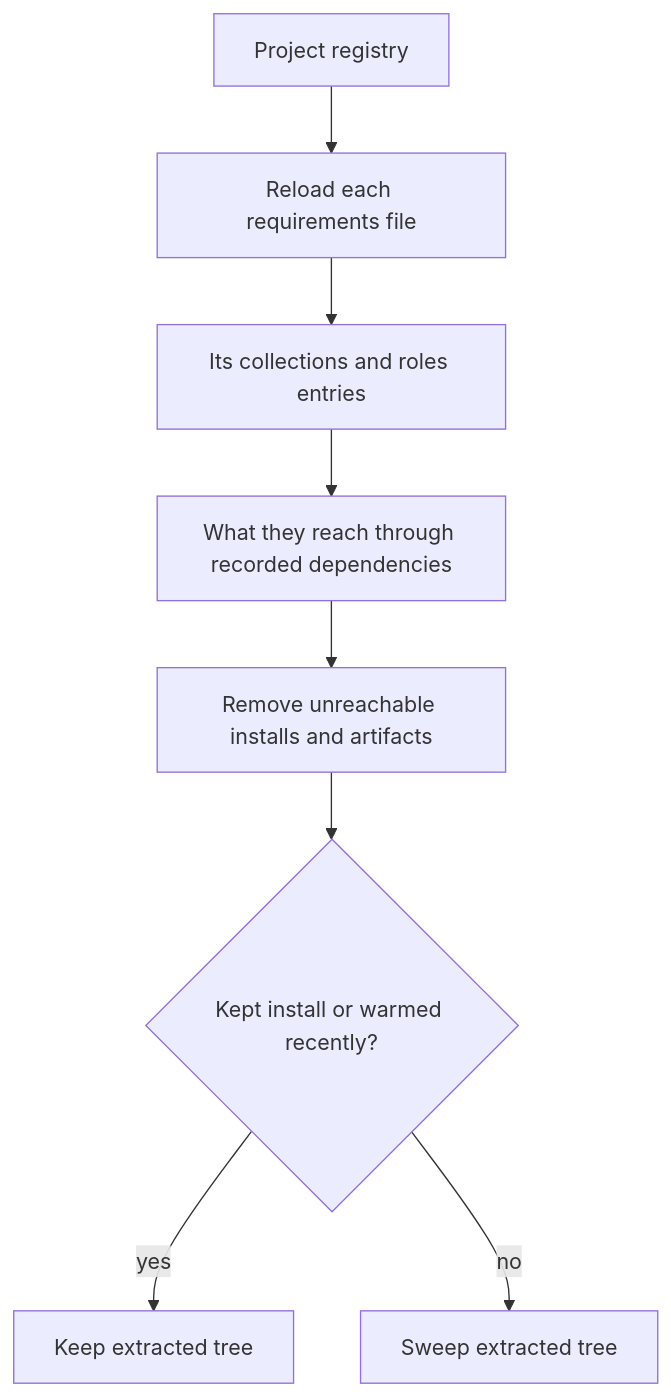
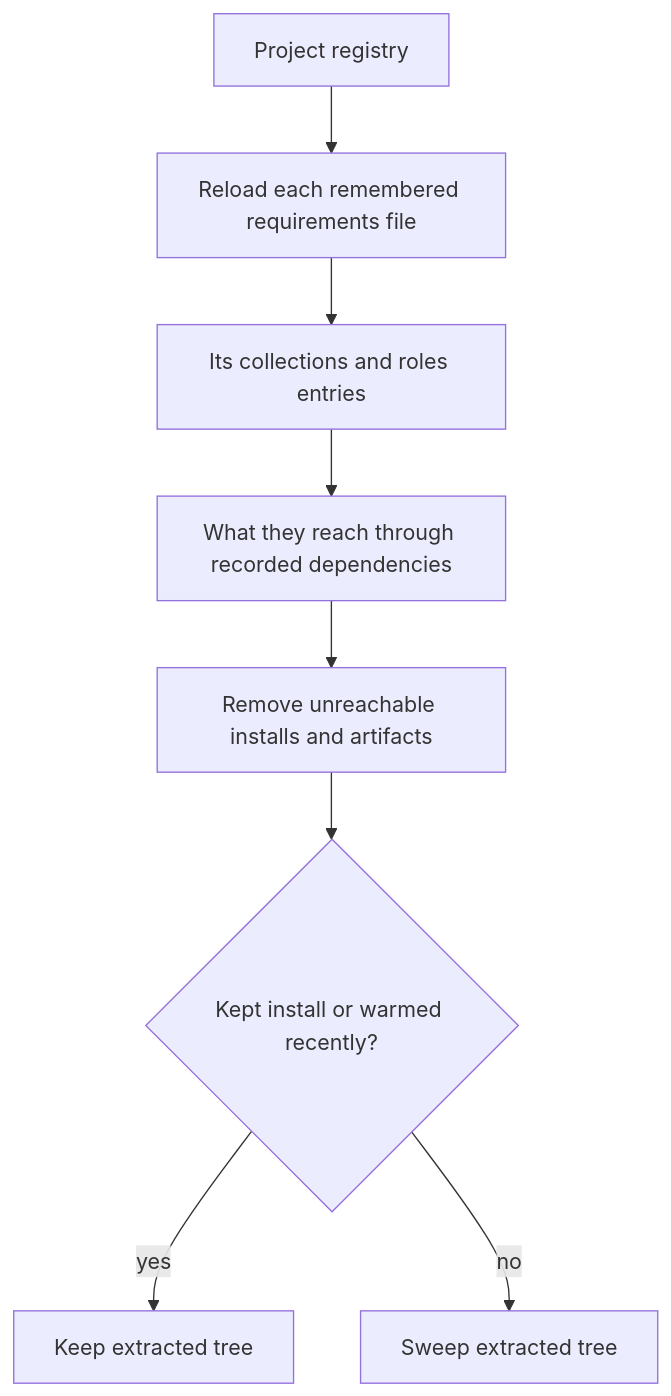
The second of 3 diagrams in docs/guides/caching.md (greeddj/go-galaxy), drawn with Mermaid before and after one commit. The commit also changed other lines of this file and 11 other files, not shown here.

````diff
--- a/docs/guides/caching.md
+++ b/docs/guides/caching.md
@@ -144,10 +147,10 @@
 ```mermaid
 flowchart TD
-  R[Project registry] --> L[Reload each requirements file]
+  R[Project registry] --> L[Reload each remembered requirements file]
   L --> T[Its collections and roles entries]
   T --> S[What they reach through recorded dependencies]
   S --> U[Remove unreachable installs and artifacts]
   U --> X{Kept install or warmed recently?}
   X -- yes --> K[Keep extracted tree]
   X -- no --> D[Sweep extracted tree]
 ```
````
